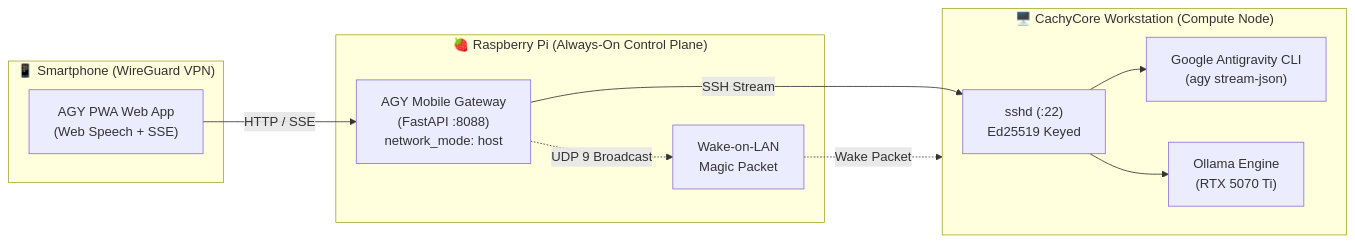
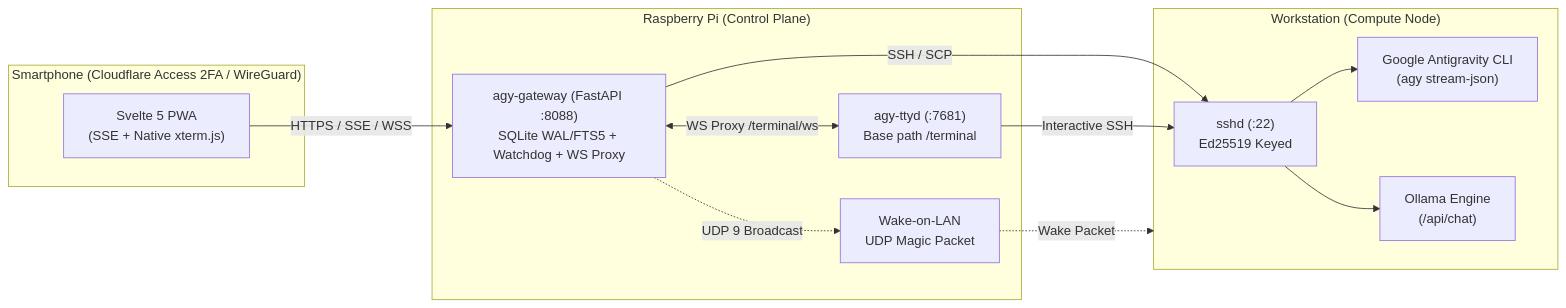
Before and after one commit to Phoenix7290/agy-mobile-gateway: the diagram in README.md, drawn with Mermaid. The commit also changed other lines of this file and 3 other files, not shown here.

````diff
--- a/README.md
+++ b/README.md
@@ -28,24 +30,27 @@
 ```mermaid
 flowchart LR
-    subgraph Mobile ["📱 Smartphone (WireGuard VPN)"]
-        UI["AGY PWA Web App\n(Web Speech + SSE)"]
+    subgraph Mobile ["Smartphone (Cloudflare Access 2FA / WireGuard)"]
+        UI["Svelte 5 PWA\n(SSE + Native xterm.js)"]
     end
 
-    subgraph Pi ["🍓 Raspberry Pi (Always-On Control Plane)"]
-        GW["AGY Mobile Gateway\n(FastAPI :8088)\nnetwork_mode: host"]
-        WoL["Wake-on-LAN\nMagic Packet"]
+    subgraph Pi ["Raspberry Pi (Control Plane)"]
+        GW["agy-gateway (FastAPI :8088)\nSQLite WAL/FTS5 + Watchdog + WS Proxy"]
+        TTYD["agy-ttyd (:7681)\nBase path /terminal"]
+        WoL["Wake-on-LAN\nUDP Magic Packet"]
     end
 
-    subgraph Desktop ["🖥️ CachyCore Workstation (Compute Node)"]
+    subgraph Desktop ["Workstation (Compute Node)"]
         SSH["sshd (:22)\nEd25519 Keyed"]
         AGY["Google Antigravity CLI\n(agy stream-json)"]
-        Ollama["Ollama Engine\n(RTX 5070 Ti)"]
+        Ollama["Ollama Engine\n(/api/chat)"]
     end
 
-    UI -->|HTTP / SSE| GW
-    GW -->|SSH Stream| SSH
+    UI -->|HTTPS / SSE / WSS| GW
+    GW <-->|WS Proxy /terminal/ws| TTYD
+    GW -->|SSH / SCP| SSH
+    TTYD -->|Interactive SSH| SSH
     SSH --> AGY
     SSH --> Ollama
     GW -.->|UDP 9 Broadcast| WoL
     WoL -.->|Wake Packet| Desktop
 ```
````
